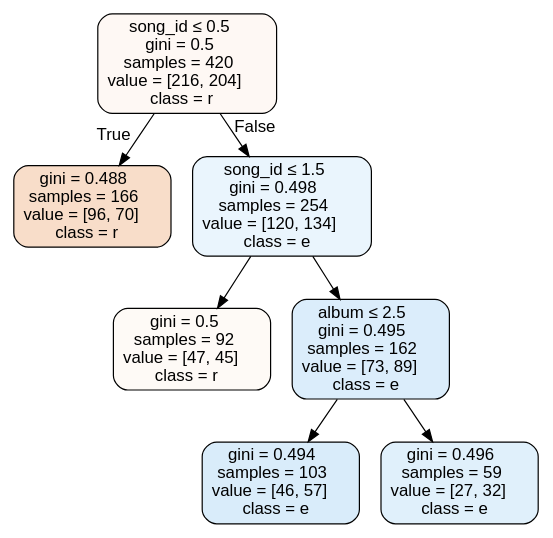
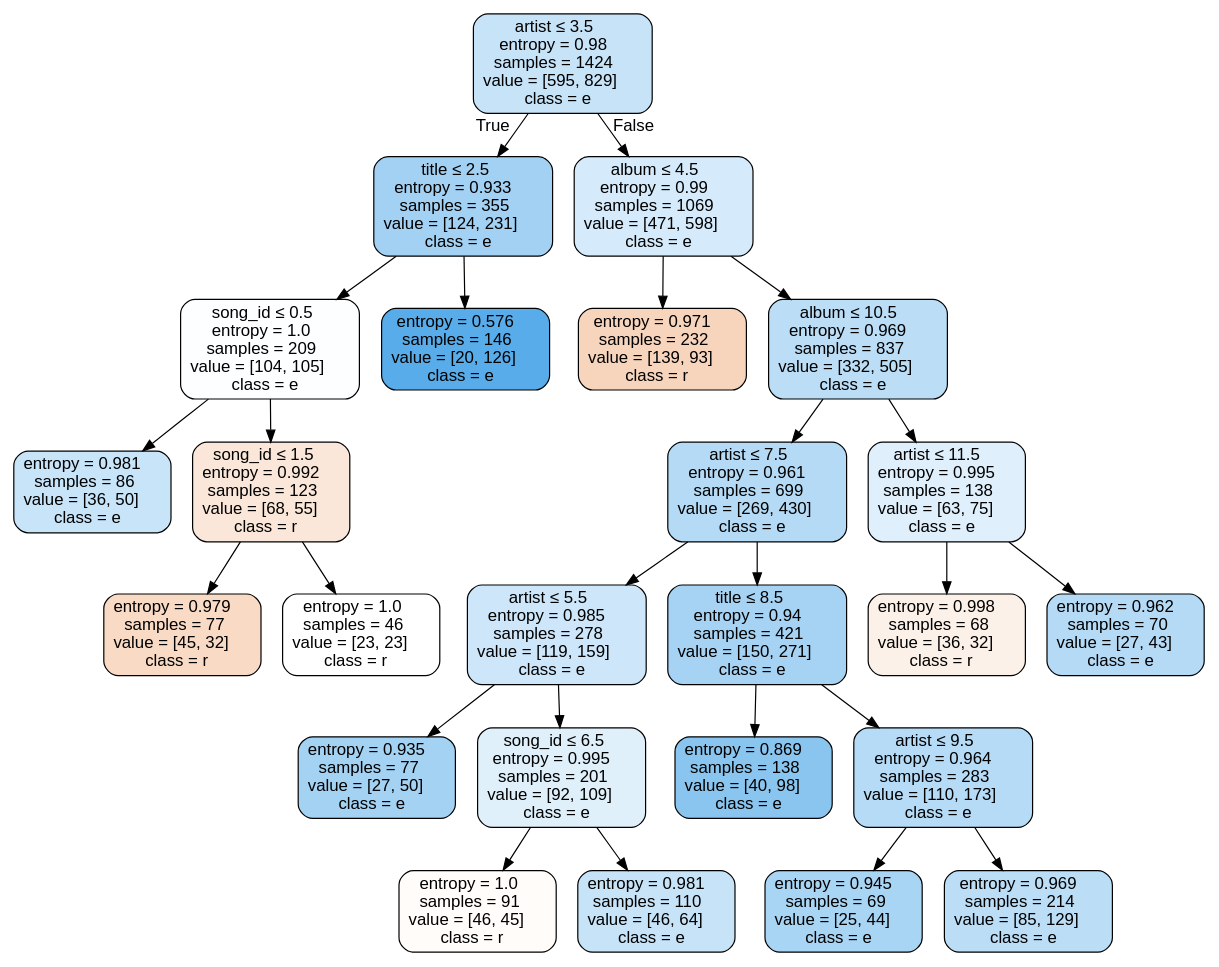
Before and after one commit to DiegoCorrea/Groot: the diagram in decision-tree.gv, drawn with Graphviz. The commit also changed 12 other files, not shown here.

```diff
--- a/decision-tree.gv
+++ b/decision-tree.gv
@@ -1,17 +1,53 @@
 digraph Tree {
 node [shape=box, style="filled, rounded", color="black", fontname=helvetica] ;
 edge [fontname=helvetica] ;
-0 [label=<song_id &le; 0.5<br/>gini = 0.5<br/>samples = 420<br/>value = [216, 204]<br/>class = r>, fillcolor="#e581390e"] ;
-1 [label=<gini = 0.488<br/>samples = 166<br/>value = [96, 70]<br/>class = r>, fillcolor="#e5813945"] ;
+0 [label=<artist &le; 3.5<br/>entropy = 0.98<br/>samples = 1424<br/>value = [595, 829]<br/>class = e>, fillcolor="#399de548"] ;
+1 [label=<title &le; 2.5<br/>entropy = 0.933<br/>samples = 355<br/>value = [124, 231]<br/>class = e>, fillcolor="#399de576"] ;
 0 -> 1 [labeldistance=2.5, labelangle=45, headlabel="True"] ;
-2 [label=<song_id &le; 1.5<br/>gini = 0.498<br/>samples = 254<br/>value = [120, 134]<br/>class = e>, fillcolor="#399de51b"] ;
-0 -> 2 [labeldistance=2.5, labelangle=-45, headlabel="False"] ;
-3 [label=<gini = 0.5<br/>samples = 92<br/>value = [47, 45]<br/>class = r>, fillcolor="#e581390b"] ;
+2 [label=<song_id &le; 0.5<br/>entropy = 1.0<br/>samples = 209<br/>value = [104, 105]<br/>class = e>, fillcolor="#399de502"] ;
+1 -> 2 ;
+3 [label=<entropy = 0.981<br/>samples = 86<br/>value = [36, 50]<br/>class = e>, fillcolor="#399de547"] ;
 2 -> 3 ;
-4 [label=<album &le; 2.5<br/>gini = 0.495<br/>samples = 162<br/>value = [73, 89]<br/>class = e>, fillcolor="#399de52e"] ;
+4 [label=<song_id &le; 1.5<br/>entropy = 0.992<br/>samples = 123<br/>value = [68, 55]<br/>class = r>, fillcolor="#e5813931"] ;
 2 -> 4 ;
-5 [label=<gini = 0.494<br/>samples = 103<br/>value = [46, 57]<br/>class = e>, fillcolor="#399de531"] ;
+5 [label=<entropy = 0.979<br/>samples = 77<br/>value = [45, 32]<br/>class = r>, fillcolor="#e581394a"] ;
 4 -> 5 ;
-6 [label=<gini = 0.496<br/>samples = 59<br/>value = [27, 32]<br/>class = e>, fillcolor="#399de528"] ;
+6 [label=<entropy = 1.0<br/>samples = 46<br/>value = [23, 23]<br/>class = r>, fillcolor="#e5813900"] ;
 4 -> 6 ;
+7 [label=<entropy = 0.576<br/>samples = 146<br/>value = [20, 126]<br/>class = e>, fillcolor="#399de5d7"] ;
+1 -> 7 ;
+8 [label=<album &le; 4.5<br/>entropy = 0.99<br/>samples = 1069<br/>value = [471, 598]<br/>class = e>, fillcolor="#399de536"] ;
+0 -> 8 [labeldistance=2.5, labelangle=-45, headlabel="False"] ;
+9 [label=<entropy = 0.971<br/>samples = 232<br/>value = [139, 93]<br/>class = r>, fillcolor="#e5813954"] ;
+8 -> 9 ;
+10 [label=<album &le; 10.5<br/>entropy = 0.969<br/>samples = 837<br/>value = [332, 505]<br/>class = e>, fillcolor="#399de557"] ;
+8 -> 10 ;
+11 [label=<artist &le; 7.5<br/>entropy = 0.961<br/>samples = 699<br/>value = [269, 430]<br/>class = e>, fillcolor="#399de55f"] ;
+10 -> 11 ;
+12 [label=<artist &le; 5.5<br/>entropy = 0.985<br/>samples = 278<br/>value = [119, 159]<br/>class = e>, fillcolor="#399de540"] ;
+11 -> 12 ;
+13 [label=<entropy = 0.935<br/>samples = 77<br/>value = [27, 50]<br/>class = e>, fillcolor="#399de575"] ;
+12 -> 13 ;
+14 [label=<song_id &le; 6.5<br/>entropy = 0.995<br/>samples = 201<br/>value = [92, 109]<br/>class = e>, fillcolor="#399de528"] ;
+12 -> 14 ;
+15 [label=<entropy = 1.0<br/>samples = 91<br/>value = [46, 45]<br/>class = r>, fillcolor="#e5813906"] ;
+14 -> 15 ;
+16 [label=<entropy = 0.981<br/>samples = 110<br/>value = [46, 64]<br/>class = e>, fillcolor="#399de548"] ;
+14 -> 16 ;
+17 [label=<title &le; 8.5<br/>entropy = 0.94<br/>samples = 421<br/>value = [150, 271]<br/>class = e>, fillcolor="#399de572"] ;
+11 -> 17 ;
+18 [label=<entropy = 0.869<br/>samples = 138<br/>value = [40, 98]<br/>class = e>, fillcolor="#399de597"] ;
+17 -> 18 ;
+19 [label=<artist &le; 9.5<br/>entropy = 0.964<br/>samples = 283<br/>value = [110, 173]<br/>class = e>, fillcolor="#399de55d"] ;
+17 -> 19 ;
+20 [label=<entropy = 0.945<br/>samples = 69<br/>value = [25, 44]<br/>class = e>, fillcolor="#399de56e"] ;
+19 -> 20 ;
+21 [label=<entropy = 0.969<br/>samples = 214<br/>value = [85, 129]<br/>class = e>, fillcolor="#399de557"] ;
+19 -> 21 ;
+22 [label=<artist &le; 11.5<br/>entropy = 0.995<br/>samples = 138<br/>value = [63, 75]<br/>class = e>, fillcolor="#399de529"] ;
+10 -> 22 ;
+23 [label=<entropy = 0.998<br/>samples = 68<br/>value = [36, 32]<br/>class = r>, fillcolor="#e581391c"] ;
+22 -> 23 ;
+24 [label=<entropy = 0.962<br/>samples = 70<br/>value = [27, 43]<br/>class = e>, fillcolor="#399de55f"] ;
+22 -> 24 ;
 }
```
